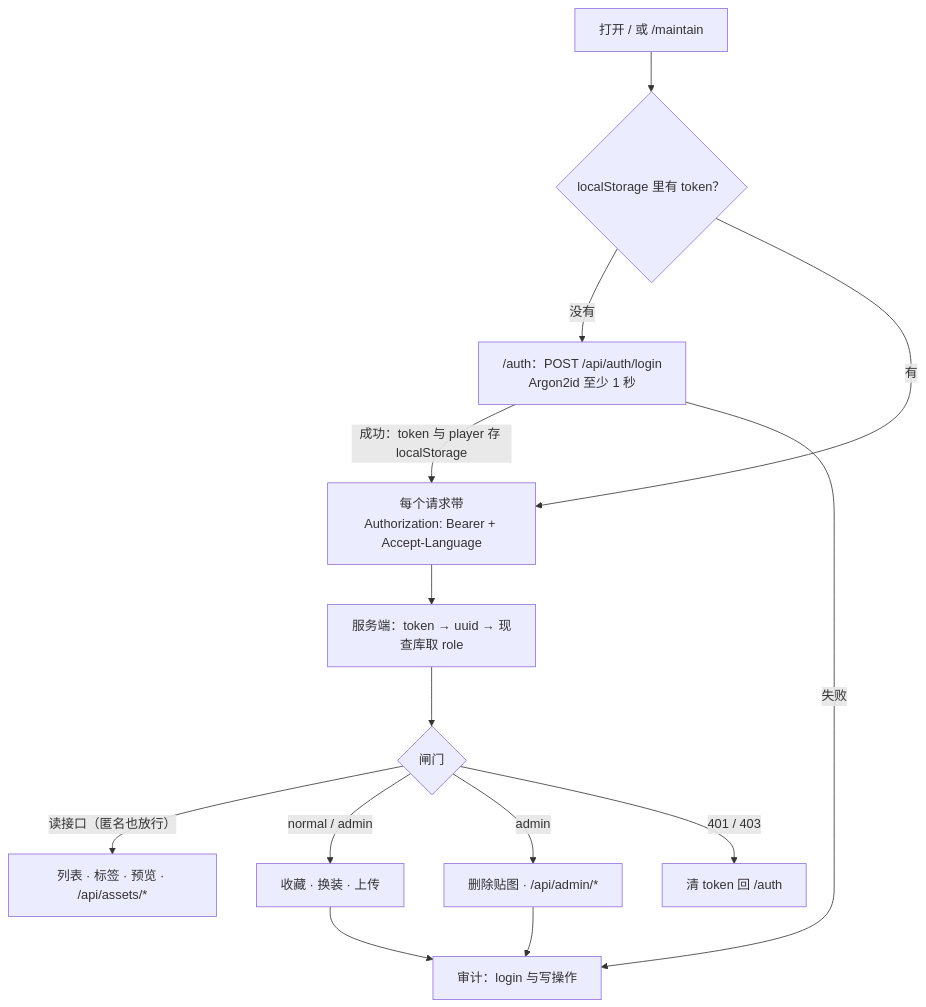
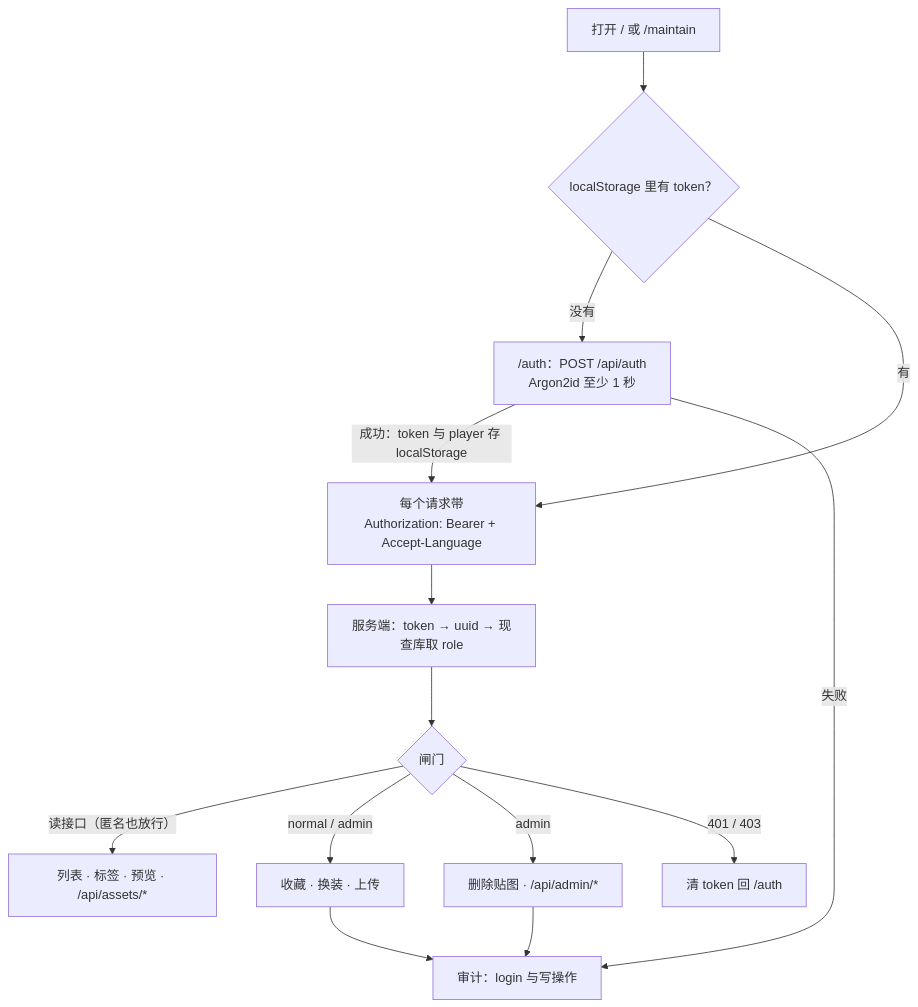
The fourth of 4 diagrams in DESIGN.md (hm-service/scoped-skin), drawn with Mermaid before and after one commit. The commit also changed other lines of this file and 32 other files, not shown here.

Commit message:
接口路径合并为 /api/auth，非 Yggdrasil 端点 JSON 改 camelCase 数据库 synchronous 改为 FULL 主界面网格标签最多显示两个 工具链版本与模板细节对齐：node 26.13.0、pnpm 12.18.0、go 1.27.4

````diff
--- a/DESIGN.md
+++ b/DESIGN.md
@@ -443,16 +443,16 @@
 ```mermaid
 flowchart TD
   open["打开 / 或 /maintain"] --> has{"localStorage 里有 token？"}
-  has -->|没有| login["/auth：POST /api/auth/login<br/>Argon2id 至少 1 秒"]
+  has -->|没有| login["/auth：POST /api/auth<br/>Argon2id 至少 1 秒"]
   has -->|有| req["每个请求带<br/>Authorization: Bearer + Accept-Language"]
   login -->|"成功：token 与 player 存 localStorage"| req
   login -->|失败| audit["审计：login 与写操作"]
   req --> who["服务端：token → uuid → 现查库取 role"]
   who --> gate{"闸门"}
   gate -->|"读接口（匿名也放行）"| read["列表 · 标签 · 预览 · /api/assets/*"]
   gate -->|"normal / admin"| write["收藏 · 换装 · 上传"]
   gate -->|admin| manage["删除贴图 · /api/admin/*"]
   gate -->|"401 / 403"| back["清 token 回 /auth"]
   write --> audit
   manage --> audit
 ```
````
